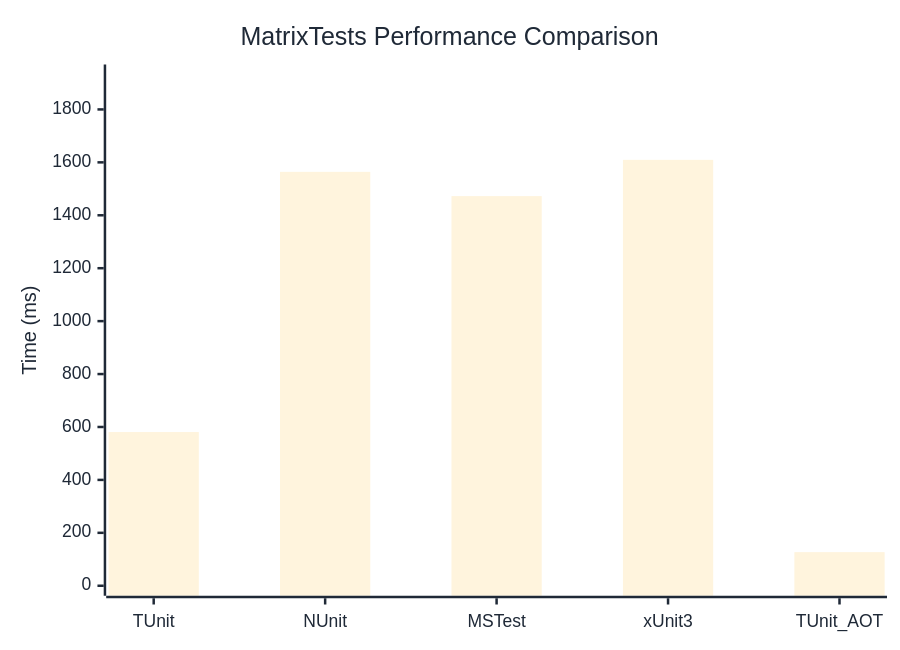
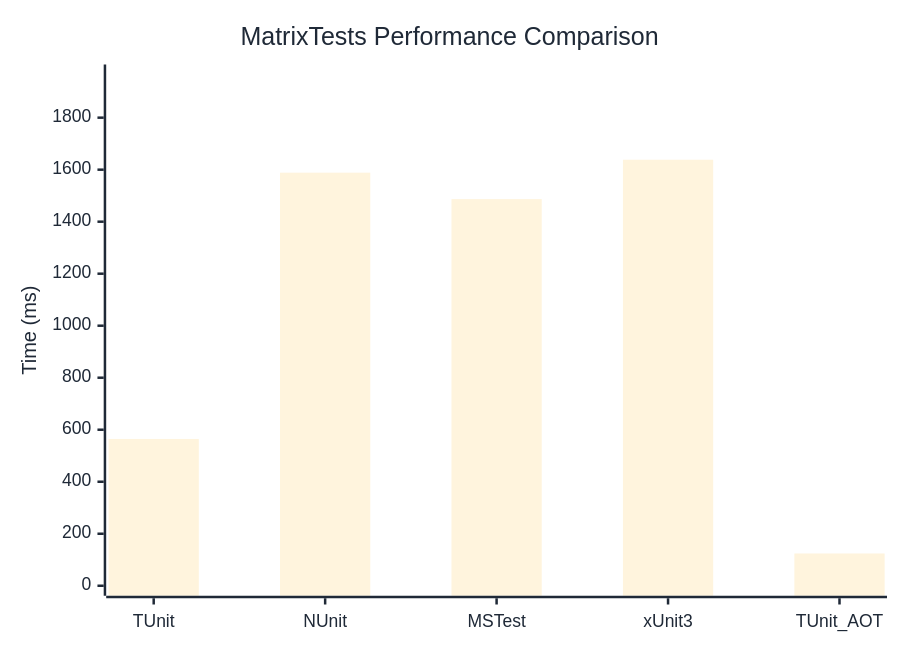
Before and after one commit to thomhurst/TUnit: the diagram in docs/docs/benchmarks/MatrixTests.md, drawn with Mermaid. The commit also changed other lines of this file and 17 other files, not shown here.

````diff
--- a/docs/docs/benchmarks/MatrixTests.md
+++ b/docs/docs/benchmarks/MatrixTests.md
@@ -27,37 +27,37 @@
 ```mermaid
 %%{init: {
   'theme':'base',
   'themeVariables': {
     'primaryColor': '#2563eb',
     'primaryTextColor': '#1f2937',
     'primaryBorderColor': '#1e40af',
     'lineColor': '#6b7280',
     'secondaryColor': '#7c3aed',
     'tertiaryColor': '#dc2626',
     'background': '#ffffff',
     'mainBkg': '#2563eb',
     'secondBkg': '#7c3aed',
     'tertiaryBkg': '#dc2626',
     'clusterBkg': '#f3f4f6',
     'edgeLabelBackground': '#ffffff',
     'tertiaryTextColor': '#1f2937',
     'pie1': '#2563eb',
     'pie2': '#7c3aed',
     'pie3': '#dc2626',
     'pie4': '#f59e0b',
     'pie5': '#10b981',
     'pie6': '#06b6d4',
     'pie7': '#ec4899',
     'pie8': '#6366f1',
     'pie9': '#84cc16',
     'pie10': '#f97316',
     'pie11': '#14b8a6',
     'pie12': '#a855f7'
   }
 }}%%
 xychart-beta
   title "MatrixTests Performance Comparison"
   x-axis ["TUnit", "NUnit", "MSTest", "xUnit3", "TUnit_AOT"]
-  y-axis "Time (ms)" 0 --> 1932
-  bar [580.8, 1564.1, 1472.5, 1609.5, 127]
+  y-axis "Time (ms)" 0 --> 1966
+  bar [564.5, 1588.5, 1486.9, 1638.3, 124.1]
 ```
````
